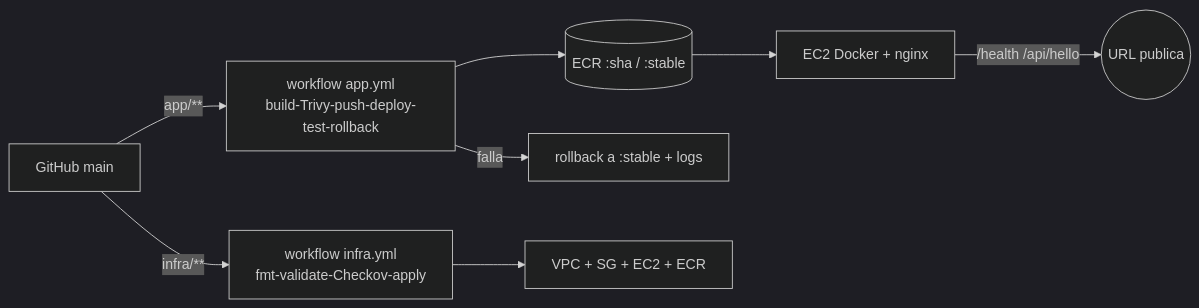
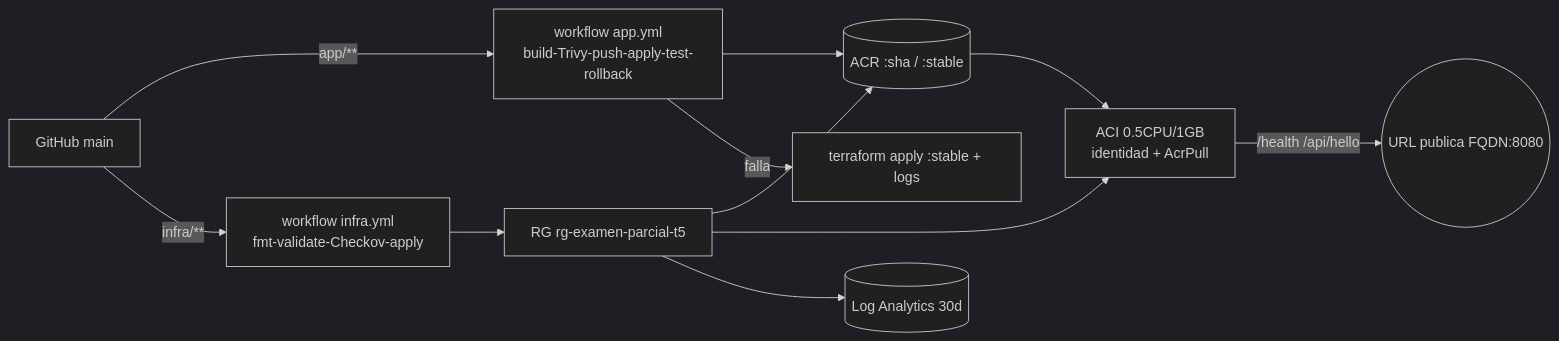
The diagram in docs/arquitectura.mmd (LuisCaPacheco/examen-parcial), drawn with Mermaid (dark theme) before and after one commit. The commit also changed 10 other files, not shown here.

Commit message:
Migra taller 5 a Azure (RG dedicado + ACR + ACI + rollback via Terraform)

```diff
--- a/docs/arquitectura.mmd
+++ b/docs/arquitectura.mmd
@@ -1,8 +1,11 @@
 flowchart LR
-  GH[GitHub main] -->|app/**| APP[workflow app.yml<br/>build-Trivy-push-deploy-test-rollback]
+  GH[GitHub main] -->|app/**| APP[workflow app.yml<br/>build-Trivy-push-apply-test-rollback]
   GH -->|infra/**| INFRA[workflow infra.yml<br/>fmt-validate-Checkov-apply]
-  APP --> ECR[(ECR :sha / :stable)]
-  INFRA --> VPC[VPC + SG + EC2 + ECR]
-  ECR --> EC2[EC2 Docker + nginx]
-  EC2 -->|/health /api/hello| USER((URL publica))
-  APP -->|falla| RB[rollback a :stable + logs]
+  APP --> ACR[(ACR :sha / :stable)]
+  INFRA --> RG[RG rg-examen-parcial-t5]
+  RG --> ACR
+  RG --> ACI[ACI 0.5CPU/1GB<br/>identidad + AcrPull]
+  RG --> LOG[(Log Analytics 30d)]
+  ACR --> ACI
+  ACI -->|/health /api/hello| USER((URL publica FQDN:8080))
+  APP -->|falla| RB[terraform apply :stable + logs]
```
